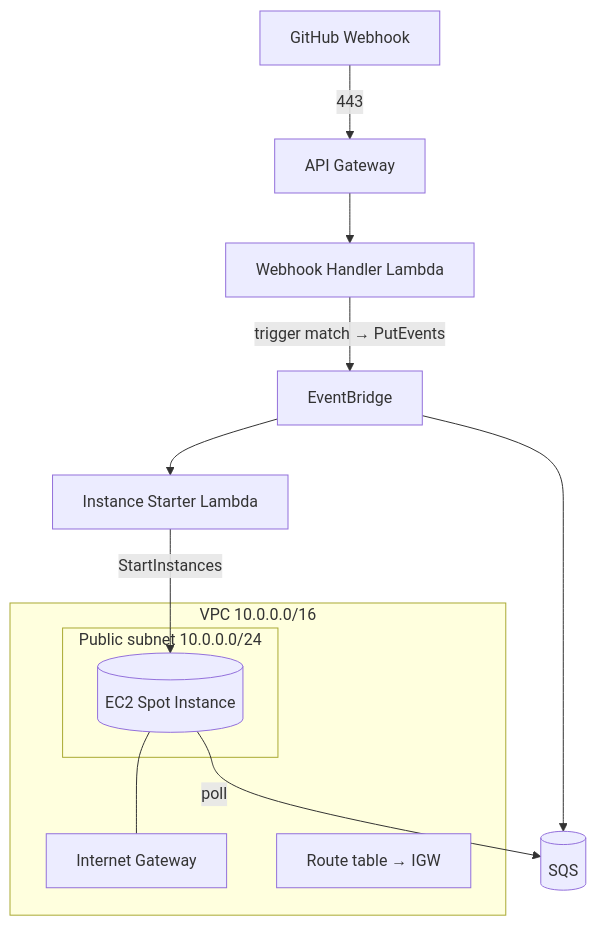
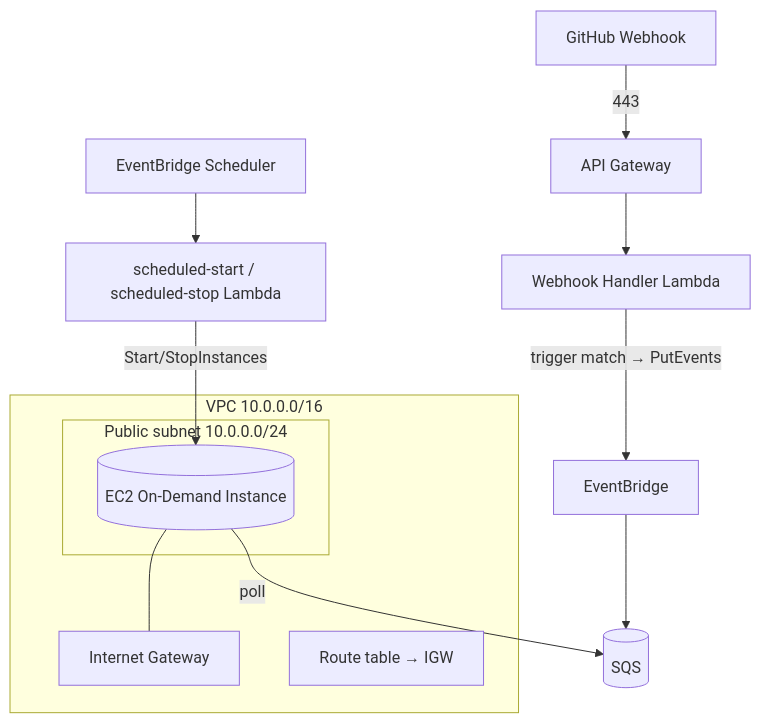
The diagram in docs/infrastructure.md (teddynted/ai-github-repository-blog-generator), drawn with Mermaid before and after one commit. The commit also changed other lines of this file and 48 other files, not shown here.

````diff
--- a/docs/infrastructure.md
+++ b/docs/infrastructure.md
@@ -31,18 +32,18 @@
 ```mermaid
 flowchart TB
     GH[GitHub Webhook] -->|443| APIGW[API Gateway]
     APIGW --> LH[Webhook Handler Lambda]
     LH -->|trigger match → PutEvents| EB[EventBridge]
     EB --> SQS[(SQS)]
-    EB --> ST[Instance Starter Lambda]
+    SCH[EventBridge Scheduler] --> PWR[scheduled-start / scheduled-stop Lambda]
     subgraph VPC["VPC 10.0.0.0/16"]
         IGW[Internet Gateway]
         subgraph PUB["Public subnet 10.0.0.0/24"]
-            EC2[(EC2 Spot Instance)]
+            EC2[(EC2 On-Demand Instance)]
         end
         RT[Route table → IGW]
     end
-    ST -->|StartInstances| EC2
+    PWR -->|Start/StopInstances| EC2
     EC2 --- IGW
     EC2 -->|poll| SQS
 ```
````
